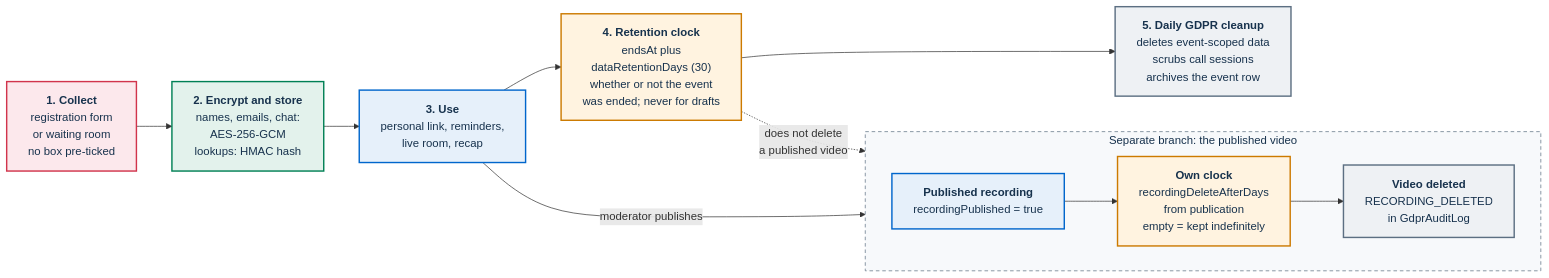
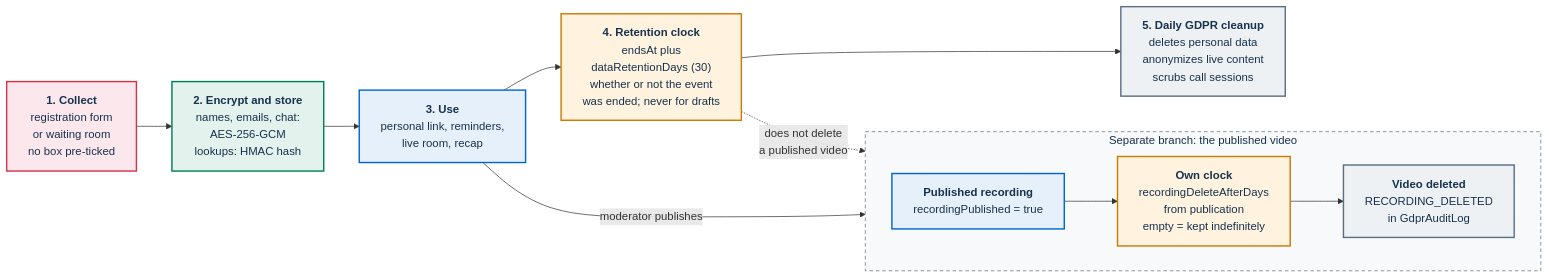
The second of 3 diagrams in docs/GDPR.md (italia/pa-webinar), drawn with Mermaid before and after one commit. The commit also changed other lines of this file and 14 other files, not shown here.

````diff
--- a/docs/GDPR.md
+++ b/docs/GDPR.md
@@ -184,28 +197,28 @@
 ```mermaid
 flowchart LR
   classDef risk fill:#FCE8EC,stroke:#D1344C,stroke-width:2px,color:#17324D
   classDef data fill:#E3F2EC,stroke:#008055,stroke-width:2px,color:#17324D
   classDef portal fill:#E6F0FA,stroke:#0066CC,stroke-width:2px,color:#17324D
   classDef job fill:#FFF3E0,stroke:#CC7A00,stroke-width:2px,color:#17324D
   classDef ext fill:#EEF1F4,stroke:#5C6F82,stroke-width:2px,color:#17324D
 
   C["<b>1. Collect</b><br/>registration form<br/>or waiting room<br/>no box pre-ticked"]:::risk
   S["<b>2. Encrypt and store</b><br/>names, emails, chat:<br/>AES-256-GCM<br/>lookups: HMAC hash"]:::data
   U["<b>3. Use</b><br/>personal link, reminders,<br/>live room, recap"]:::portal
   R["<b>4. Retention clock</b><br/>endsAt plus<br/>dataRetentionDays (30)<br/>whether or not the event<br/>was ended; never for drafts"]:::job
-  X["<b>5. Daily GDPR cleanup</b><br/>deletes event-scoped data<br/>scrubs call sessions<br/>archives the event row"]:::ext
+  X["<b>5. Daily GDPR cleanup</b><br/>deletes personal data<br/>anonymizes live content<br/>scrubs call sessions"]:::ext
 
   C --> S --> U --> R --> X
 
   subgraph EXEMPT["Separate branch: the published video"]
     direction LR
     P["<b>Published recording</b><br/>recordingPublished = true"]:::portal
     K["<b>Own clock</b><br/>recordingDeleteAfterDays<br/>from publication<br/>empty = kept indefinitely"]:::job
     D["<b>Video deleted</b><br/>RECORDING_DELETED<br/>in GdprAuditLog"]:::ext
     P --> K --> D
   end
   style EXEMPT fill:#F7F9FB,stroke:#5C6F82,stroke-dasharray:5 4,color:#17324D
 
   U -->|"moderator publishes"| P
   R -.->|"does not delete<br/>a published video"| P
 ```
````
